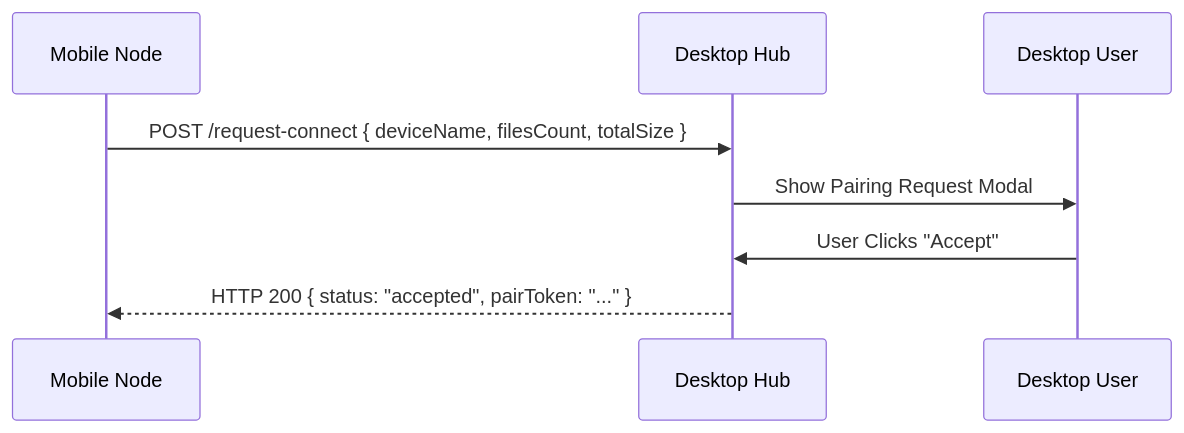
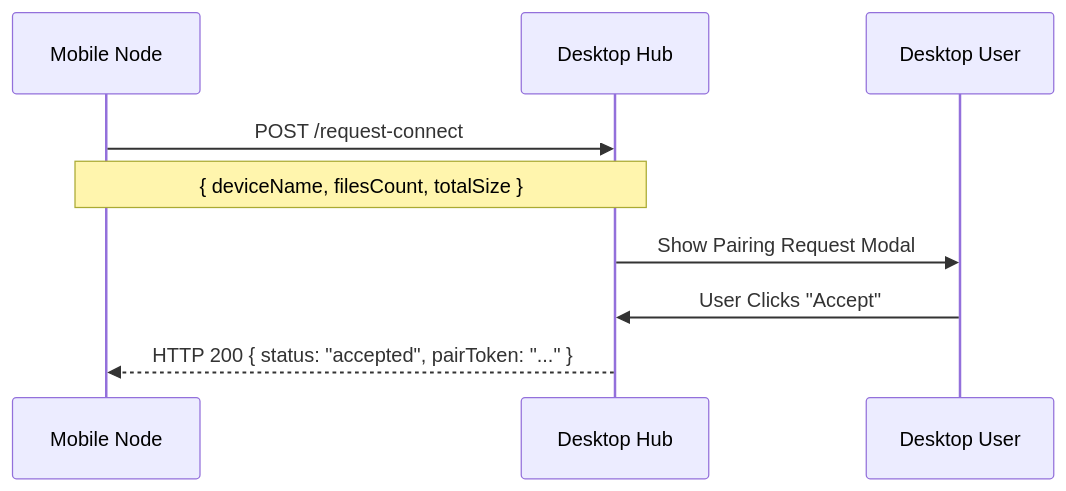
Before and after one commit to lwshakib/exlink-file-transfer: the second of 3 diagrams in HOW_IT_WORKS.md, drawn with Mermaid. The commit also changed other lines of this file and 5 other files, not shown here.

````diff
--- a/HOW_IT_WORKS.md
+++ b/HOW_IT_WORKS.md
@@ -54,11 +71,12 @@
 ```mermaid
 sequenceDiagram
     participant M as Mobile Node
     participant D as Desktop Hub
     participant UI as Desktop User
     
-    M->>D: POST /request-connect { deviceName, filesCount, totalSize }
+    M->>D: POST /request-connect
+    Note over M,D: { deviceName, filesCount, totalSize }
     D->>UI: Show Pairing Request Modal
     UI->>D: User Clicks "Accept"
     D-->>M: HTTP 200 { status: "accepted", pairToken: "..." }
 ```
````
